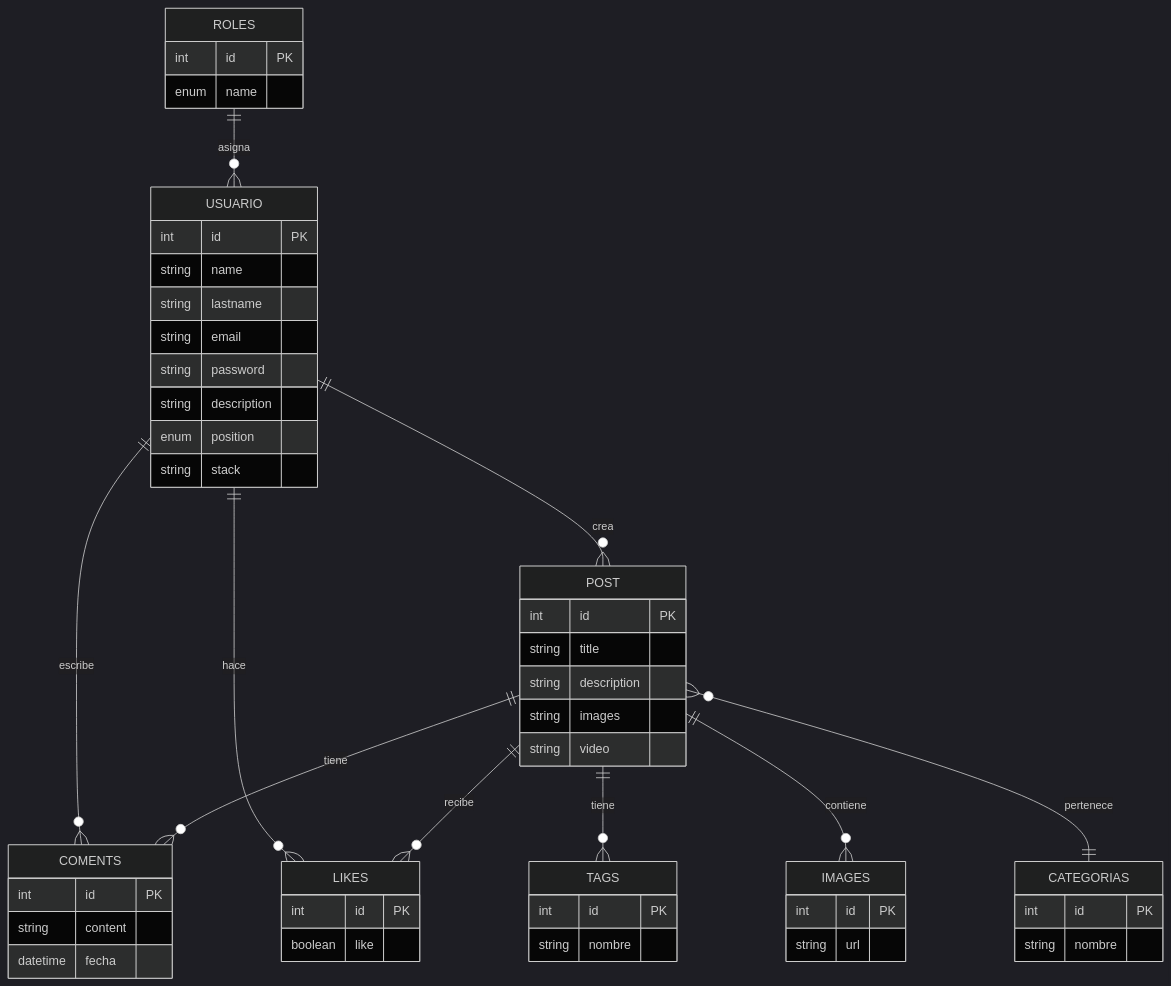
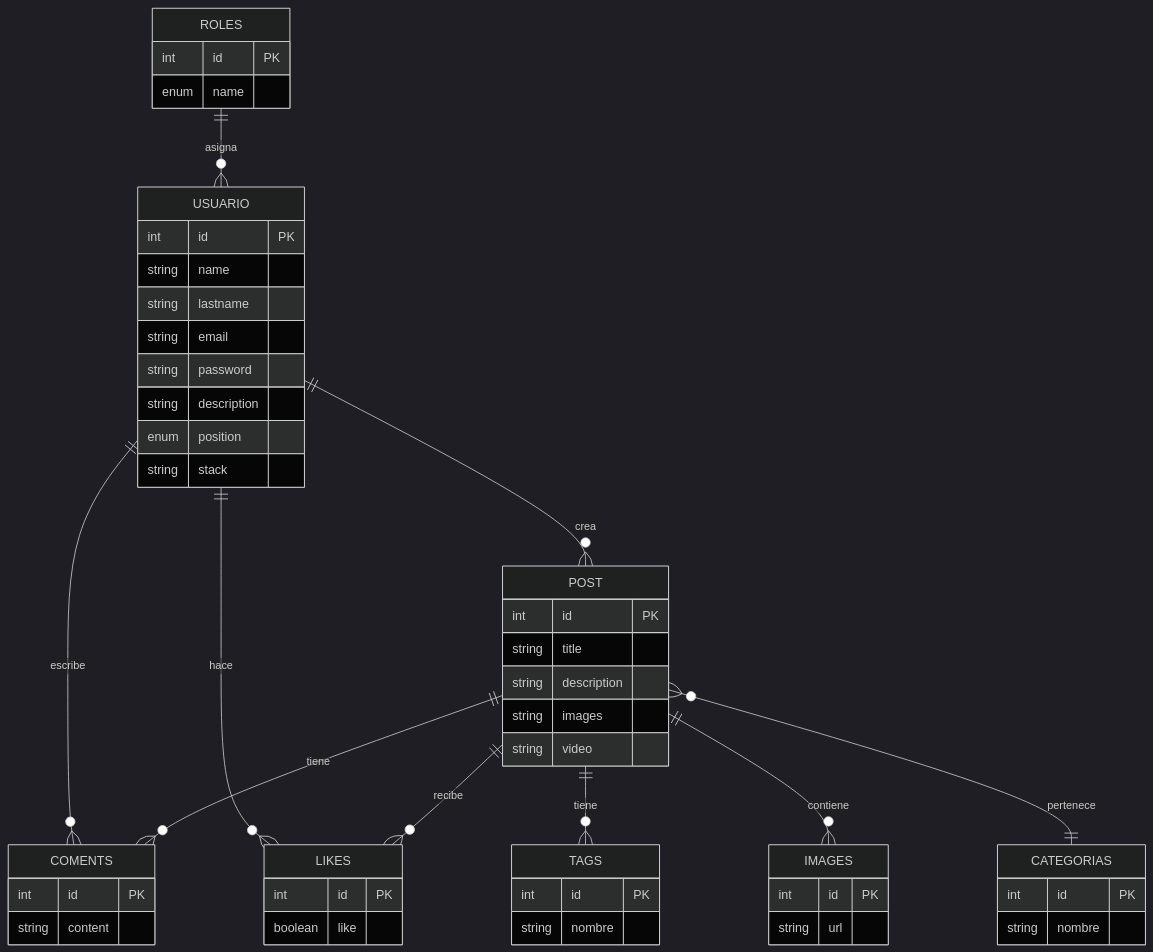
Before and after one commit to Siddharta314/Devtalles_Blog_Qwerty_Team_Backend: the diagram in docs/database_schema.mmd, drawn with Mermaid (dark theme). The commit also changed 1 other file, not shown here.

Commit message:
[DOC] updated docs

````diff
--- a/docs/database_schema.mmd
+++ b/docs/database_schema.mmd
@@ -1,56 +1,55 @@
 ```mermaid
 erDiagram
 	direction TB
 	USUARIO {
 		int id PK ""  
 		string name  ""  
 		string lastname  ""  
 		string email  ""  
 		string password  ""  
 		string description  ""  
 		enum position  ""  
 		string stack  ""  
 	}
 	ROLES {
 		int id PK ""  
 		enum name  ""  
 	}
 	POST {
 		int id PK ""  
 		string title  ""  
 		string description  ""  
 		string images  ""  
 		string video  ""  
 	}
 	COMENTS {
 		int id PK ""  
 		string content  ""  
-		datetime fecha  ""  
 	}
 	LIKES {
 		int id PK ""  
 		boolean like  ""  
 	}
 	TAGS {
 		int id PK ""  
 		string nombre  ""  
 	}
 	IMAGES {
 		int id PK ""  
 		string url  ""  
 	}
 	CATEGORIAS {
 		int id PK ""  
 		string nombre  ""  
 	}
 
 	USUARIO||--o{POST:"crea"
 	USUARIO||--o{COMENTS:"escribe"
 	USUARIO||--o{LIKES:"hace"
 	ROLES||--o{USUARIO:"asigna"
 	POST||--o{COMENTS:"tiene"
 	POST||--o{LIKES:"recibe"
 	POST||--o{TAGS:"tiene"
 	POST||--o{IMAGES:"contiene"
 	POST}o--||CATEGORIAS:"pertenece"
 ```
````
